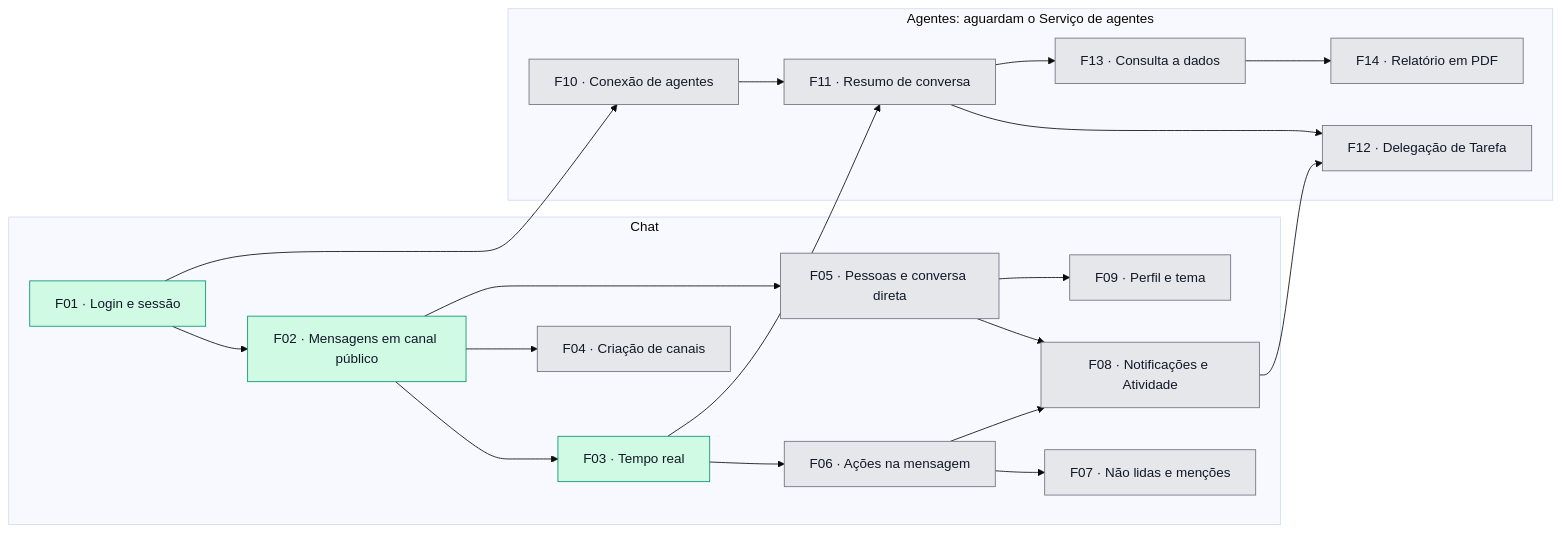
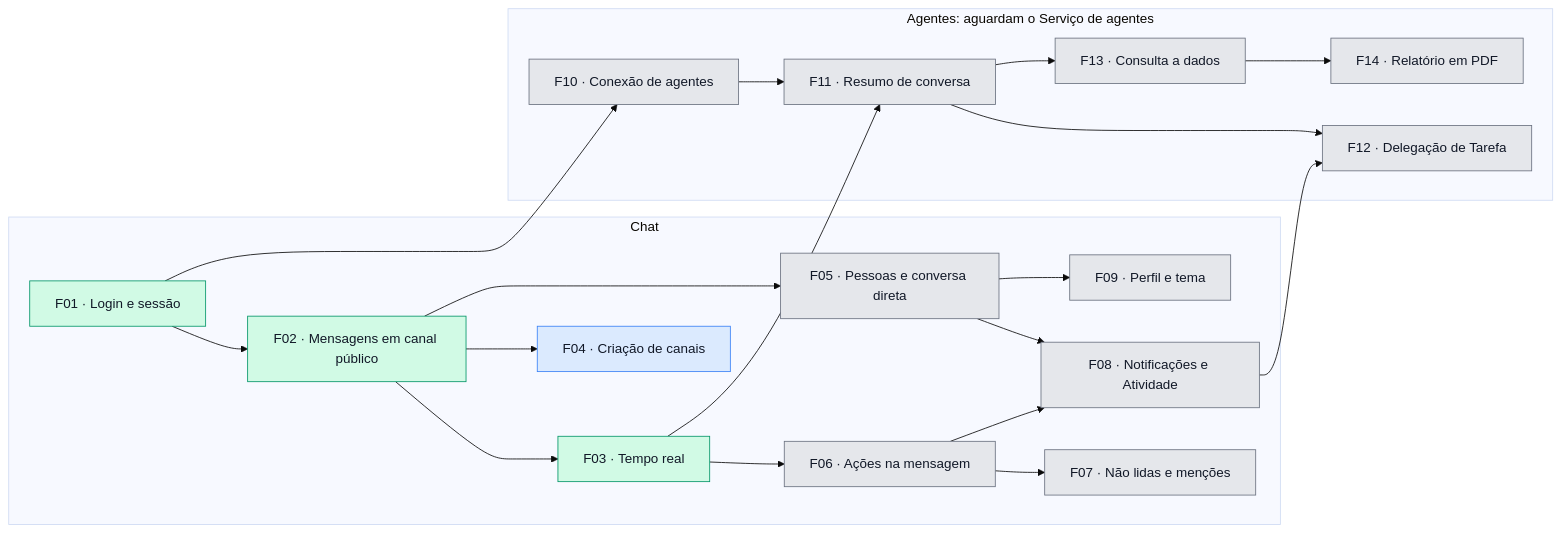
One commit to 1978bruno/fulldev_SKILL-Agentes-e-MCP-para-vibe-code changed the diagram in docs/roadmap.md. Above: the diagram before and after it, drawn with Mermaid (base theme). The commit also changed other lines of this file and 1 other file, not shown here.

Commit message:
docs: PRD da F04 (criação de canais e convite para canal privado) e F04 em PRD pronto no roadmap
Qualquer Pessoa cria Canais; qualquer Membro convida para o privado, na criação ou depois, e quem
entra vê o histórico inteiro. As telas de convite e de falha ainda precisam ser desenhadas no Figma.

````diff
--- a/docs/roadmap.md
+++ b/docs/roadmap.md
@@ -48,48 +48,49 @@
 ```mermaid
 flowchart LR
   subgraph chat ["Chat"]
     F01["F01 · Login e sessão"]
     F02["F02 · Mensagens em canal público"]
     F03["F03 · Tempo real"]
     F04["F04 · Criação de canais"]
     F05["F05 · Pessoas e conversa direta"]
     F06["F06 · Ações na mensagem"]
     F07["F07 · Não lidas e menções"]
     F08["F08 · Notificações e Atividade"]
     F09["F09 · Perfil e tema"]
   end
 
   subgraph agentes ["Agentes: aguardam o Serviço de agentes"]
     F10["F10 · Conexão de agentes"]
     F11["F11 · Resumo de conversa"]
     F12["F12 · Delegação de Tarefa"]
     F13["F13 · Consulta a dados"]
     F14["F14 · Relatório em PDF"]
   end
 
   F01 --> F02
   F02 --> F03
   F02 --> F04
   F02 --> F05
   F03 --> F06
   F06 --> F07
   F05 --> F08
   F06 --> F08
   F05 --> F09
   F01 --> F10
   F03 --> F11
   F10 --> F11
   F08 --> F12
   F11 --> F12
   F11 --> F13
   F13 --> F14
 
   classDef planejada fill:#e5e7eb,stroke:#6b7280,color:#111827
   classDef prdPronto fill:#dbeafe,stroke:#3b82f6,color:#111827
   classDef specPronta fill:#bfdbfe,stroke:#1d4ed8,color:#111827
   classDef emAndamento fill:#fef3c7,stroke:#d97706,color:#111827
   classDef concluida fill:#d1fae5,stroke:#059669,color:#111827
 
   class F01,F02,F03 concluida
-  class F04,F05,F06,F07,F08,F09,F10,F11,F12,F13,F14 planejada
+  class F04 prdPronto
+  class F05,F06,F07,F08,F09,F10,F11,F12,F13,F14 planejada
 ```
````
